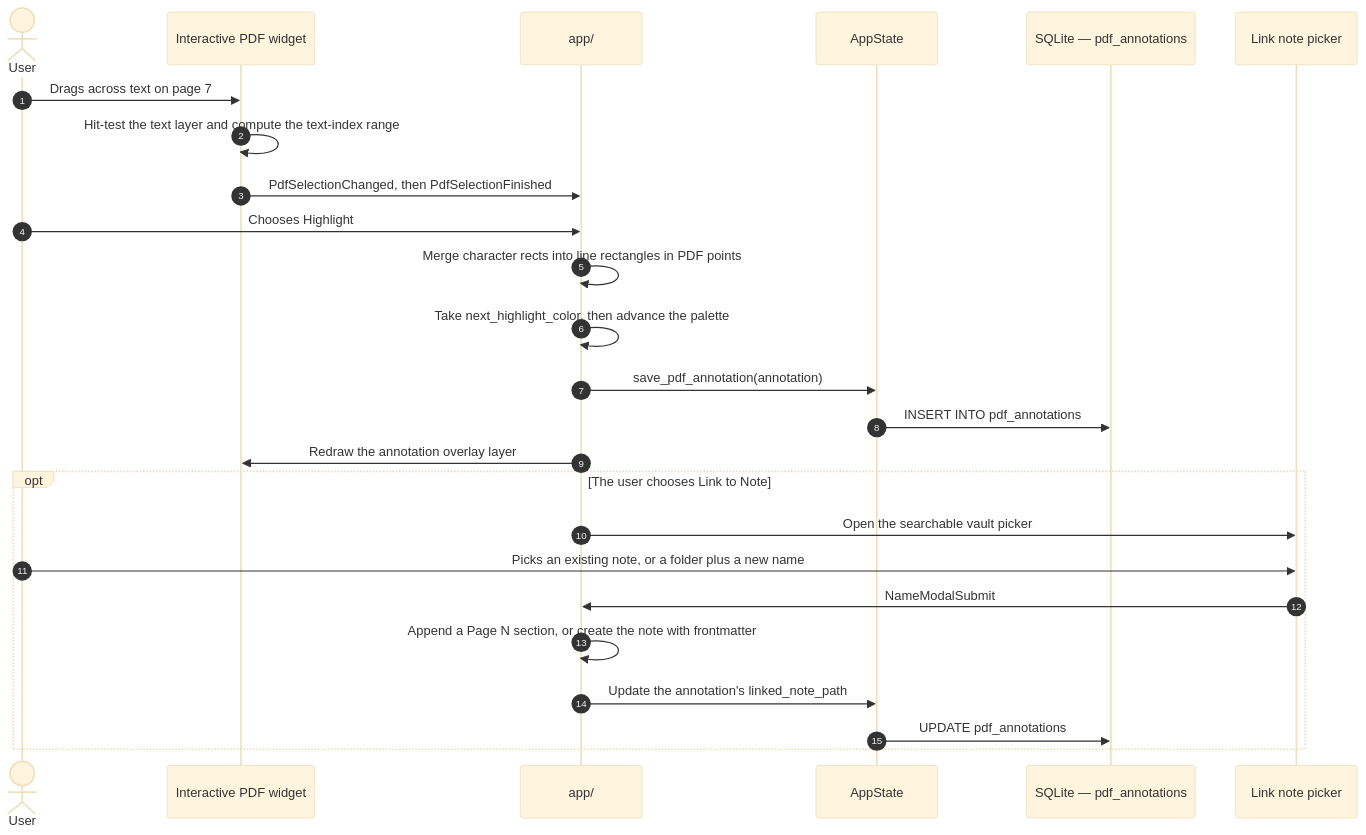
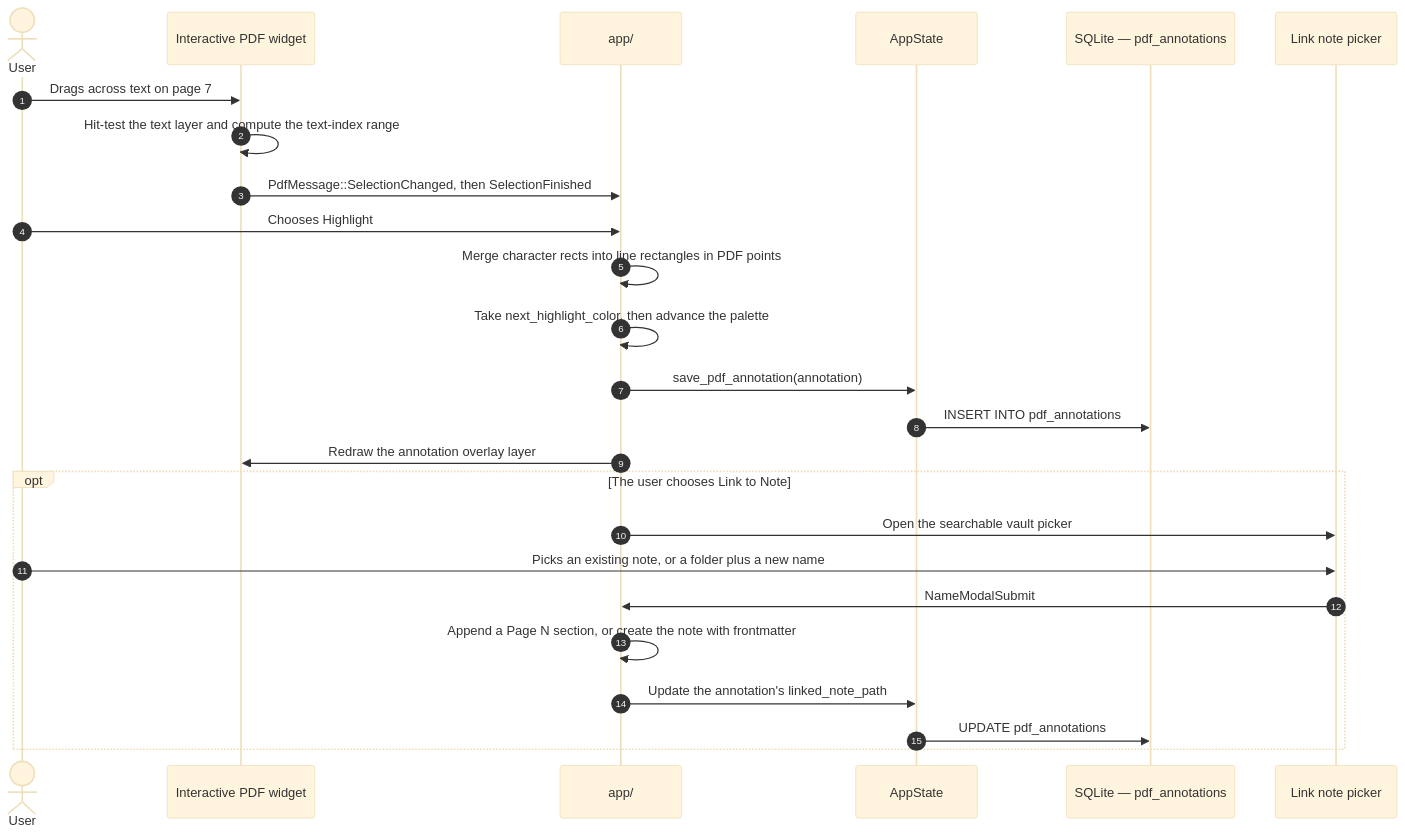
The third of 3 diagrams in wiki/Data-Flows-and-Durability-Invariants.md (Suranjan77/md-editor), drawn with Mermaid (base theme) before and after one commit. The commit also changed other lines of this file and 17 other files, not shown here.

````diff
--- a/wiki/Data-Flows-and-Durability-Invariants.md
+++ b/wiki/Data-Flows-and-Durability-Invariants.md
@@ -112,29 +112,29 @@
 ```mermaid
 sequenceDiagram
     autonumber
     actor User
     participant Canvas as Interactive PDF widget
     participant App as app/
     participant Core as AppState
     participant DB as SQLite — pdf_annotations
     participant Modal as Link note picker
 
     User->>Canvas: Drags across text on page 7
     Canvas->>Canvas: Hit-test the text layer and compute the text-index range
-    Canvas->>App: PdfSelectionChanged, then PdfSelectionFinished
+    Canvas->>App: PdfMessage::SelectionChanged, then SelectionFinished
     User->>App: Chooses Highlight
     App->>App: Merge character rects into line rectangles in PDF points
     App->>App: Take next_highlight_color, then advance the palette
     App->>Core: save_pdf_annotation(annotation)
     Core->>DB: INSERT INTO pdf_annotations
     App->>Canvas: Redraw the annotation overlay layer
 
     opt The user chooses Link to Note
         App->>Modal: Open the searchable vault picker
         User->>Modal: Picks an existing note, or a folder plus a new name
         Modal->>App: NameModalSubmit
         App->>App: Append a Page N section, or create the note with frontmatter
         App->>Core: Update the annotation's linked_note_path
         Core->>DB: UPDATE pdf_annotations
     end
 ```
````
